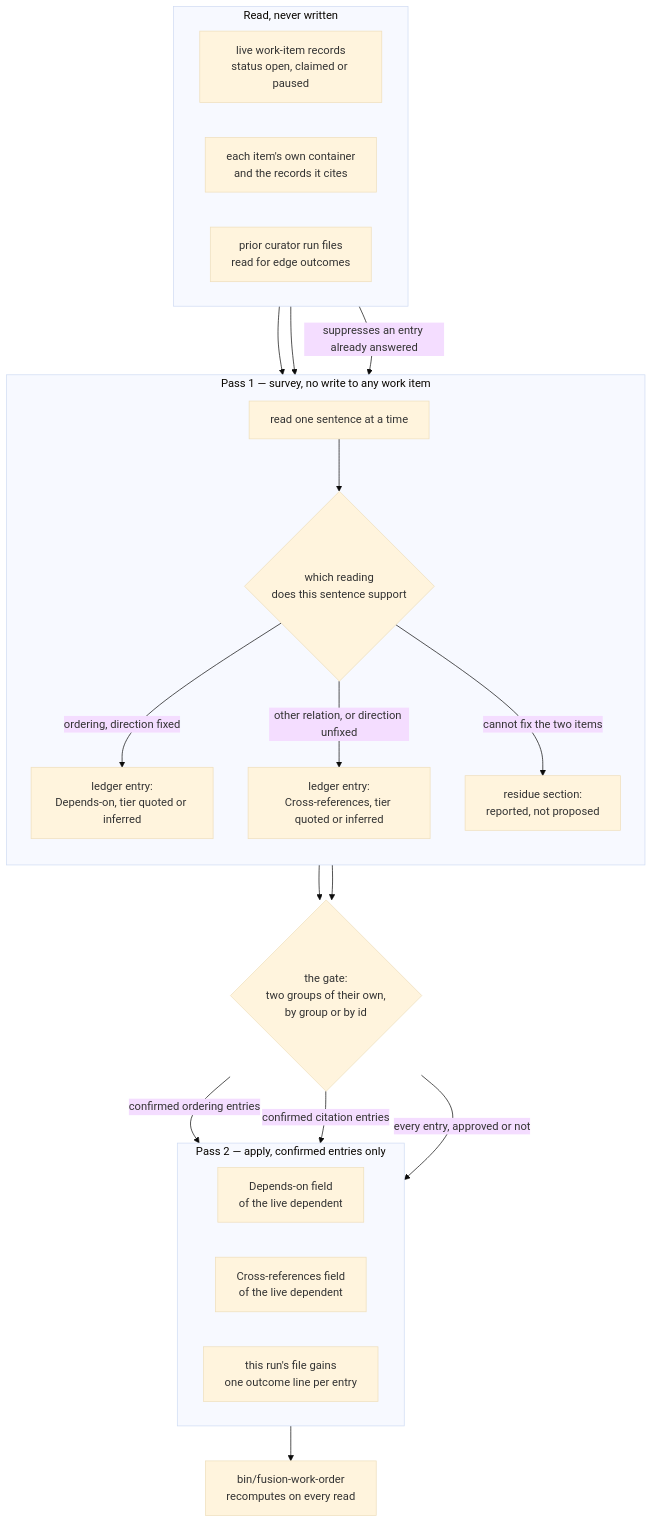
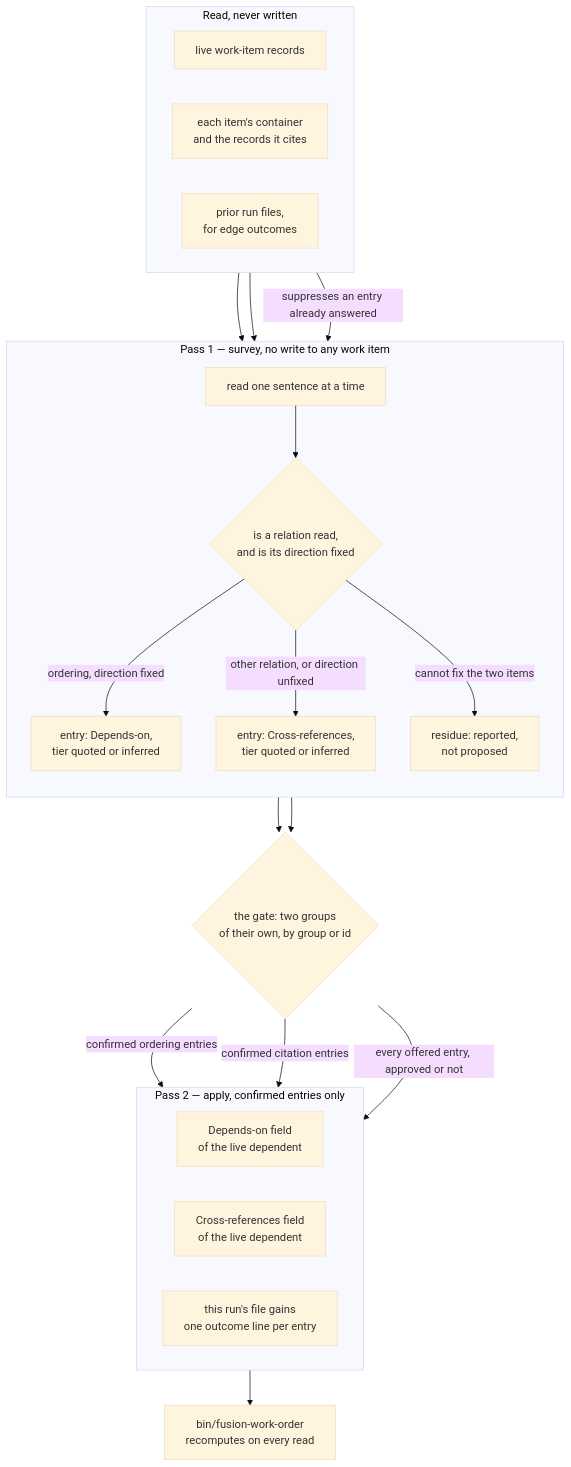
Before and after one commit to tenzoki/fusion: the diagram in fusion-workbench/circles/260917-2253-depends-on-edges-proposed-and-confirmed/planning/260918-0712_o_implementation-depends-on-edges-proposed-and-confirmed.md, drawn with Mermaid (base theme). The commit also changed other lines of this file and 3 other files, not shown here.

````diff
--- a/fusion-workbench/circles/260917-2253-depends-on-edges-proposed-and-confirmed/planning/260918-0712_o_implementation-depends-on-edges-proposed-and-confirmed.md
+++ b/fusion-workbench/circles/260917-2253-depends-on-edges-proposed-and-confirmed/planning/260918-0712_o_implementation-depends-on-edges-proposed-and-confirmed.md
@@ -195,41 +207,41 @@
 ```mermaid
 flowchart TD
   subgraph read["Read, never written"]
     direction LR
-    items["live work-item records<br/>status open, claimed or paused"]
-    cited["each item's own container<br/>and the records it cites"]
-    prior["prior curator run files<br/>read for edge outcomes"]
+    items["live work-item records"]
+    cited["each item's container<br/>and the records it cites"]
+    prior["prior run files,<br/>for edge outcomes"]
   end
 
   subgraph survey["Pass 1 — survey, no write to any work item"]
     direction TB
     walk["read one sentence at a time"]
-    split{"which reading<br/>does this sentence support"}
-    dep["ledger entry:<br/>Depends-on, tier quoted or inferred"]
-    xref["ledger entry:<br/>Cross-references, tier quoted or inferred"]
-    residue["residue section:<br/>reported, not proposed"]
+    split{"is a relation read,<br/>and is its direction fixed"}
+    dep["entry: Depends-on,<br/>tier quoted or inferred"]
+    xref["entry: Cross-references,<br/>tier quoted or inferred"]
+    residue["residue: reported,<br/>not proposed"]
     walk --> split
     split -->|"ordering, direction fixed"| dep
     split -->|"other relation, or direction unfixed"| xref
     split -->|"cannot fix the two items"| residue
   end
 
-  gate{"the gate:<br/>two groups of their own,<br/>by group or by id"}
+  gate{"the gate: two groups<br/>of their own, by group or id"}
 
   subgraph write["Pass 2 — apply, confirmed entries only"]
     direction LR
     depfield["Depends-on field<br/>of the live dependent"]
     xreffield["Cross-references field<br/>of the live dependent"]
     outcome["this run's file gains<br/>one outcome line per entry"]
   end
 
   items --> walk
   cited --> walk
   prior -->|"suppresses an entry already answered"| walk
   dep --> gate
   xref --> gate
   gate -->|"confirmed ordering entries"| depfield
   gate -->|"confirmed citation entries"| xreffield
-  gate -->|"every entry, approved or not"| outcome
+  gate -->|"every offered entry, approved or not"| outcome
   depfield --> order["bin/fusion-work-order<br/>recomputes on every read"]
 ```
````
